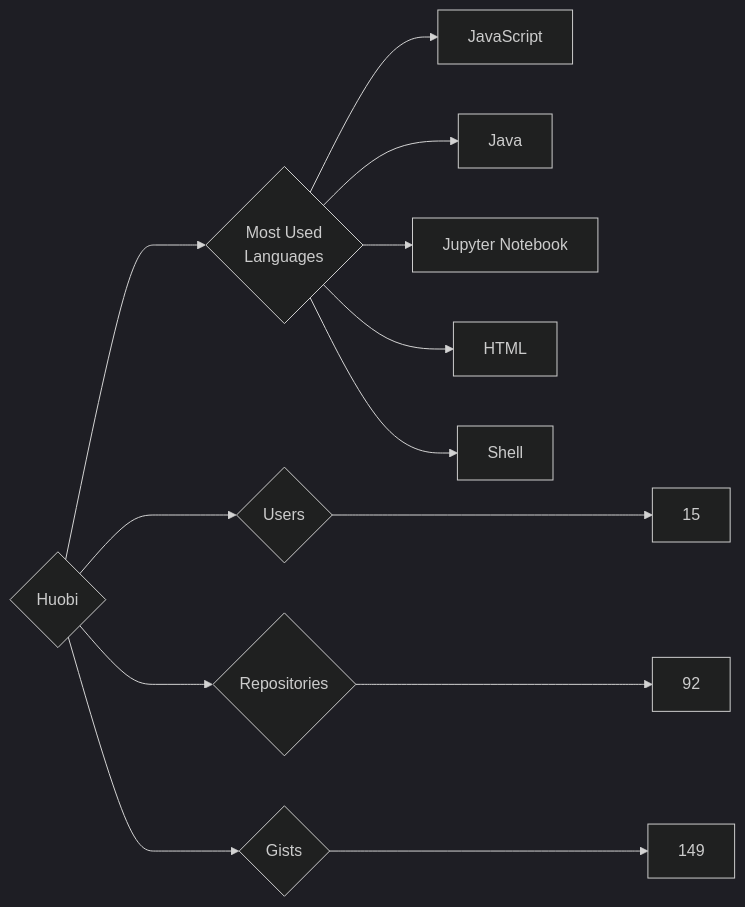
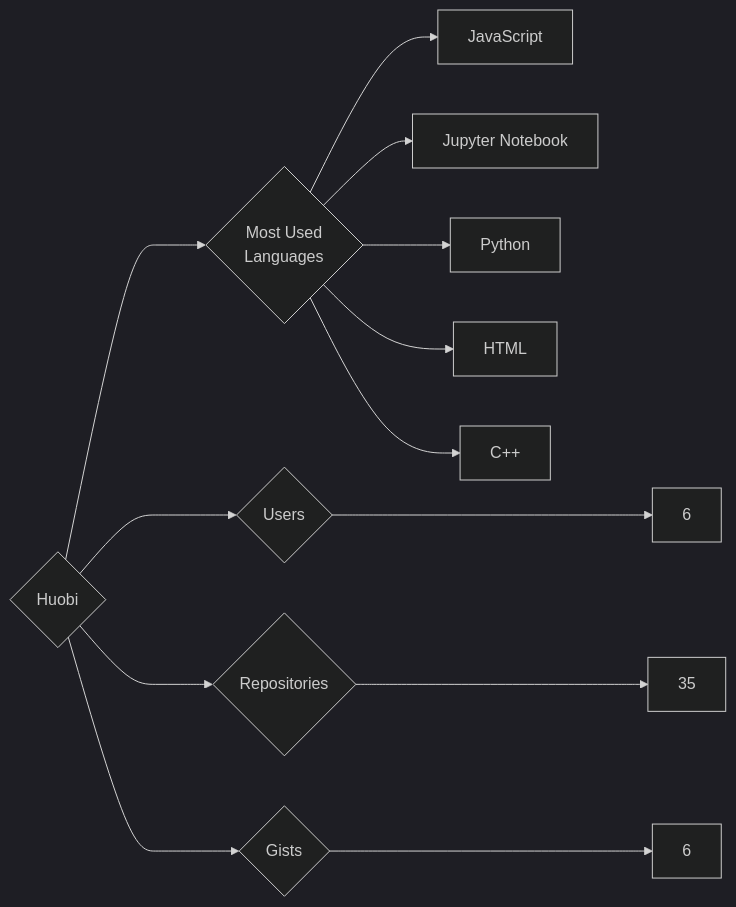
Before and after one commit to trickest/insiders: the diagram in targets/Huobi/README.md, drawn with Mermaid (dark theme). The commit also changed 1084 other files, not shown here.

````diff
--- a/targets/Huobi/README.md
+++ b/targets/Huobi/README.md
@@ -3,13 +3,13 @@
 ```mermaid
 graph LR
 COMPANY_NAME{Huobi}
-COMPANY_NAME ---> U{Users} ---> UN[15]
-COMPANY_NAME ---> R{Repositories} ---> RN[92]
-COMPANY_NAME ---> G{Gists} ---> GN[149]
+COMPANY_NAME ---> U{Users} ---> UN[6]
+COMPANY_NAME ---> R{Repositories} ---> RN[35]
+COMPANY_NAME ---> G{Gists} ---> GN[6]
 COMPANY_NAME ---> ML{Most Used<br>Languages}
 ML --> JavaScript[JavaScript]
-ML --> Java[Java]
 ML --> Jupyter_Notebook[Jupyter Notebook]
+ML --> Python[Python]
 ML --> HTML[HTML]
-ML --> Shell[Shell]
+ML --> C++[C++]
 ```
````
